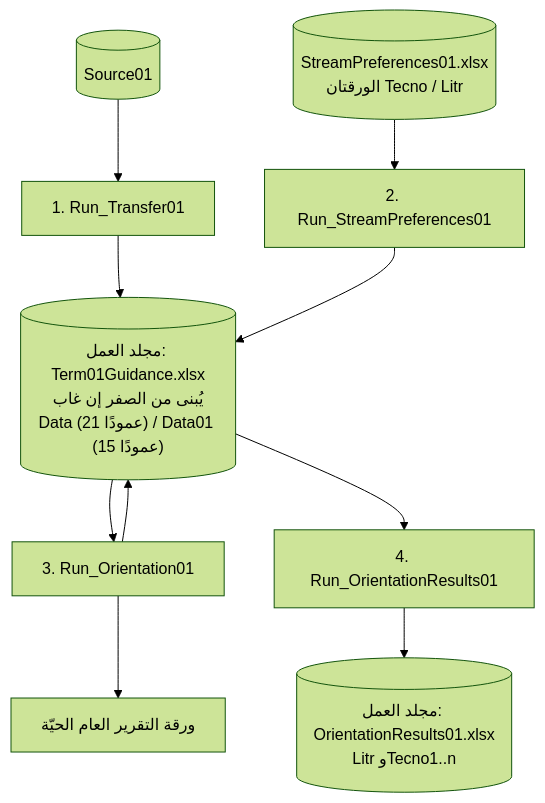
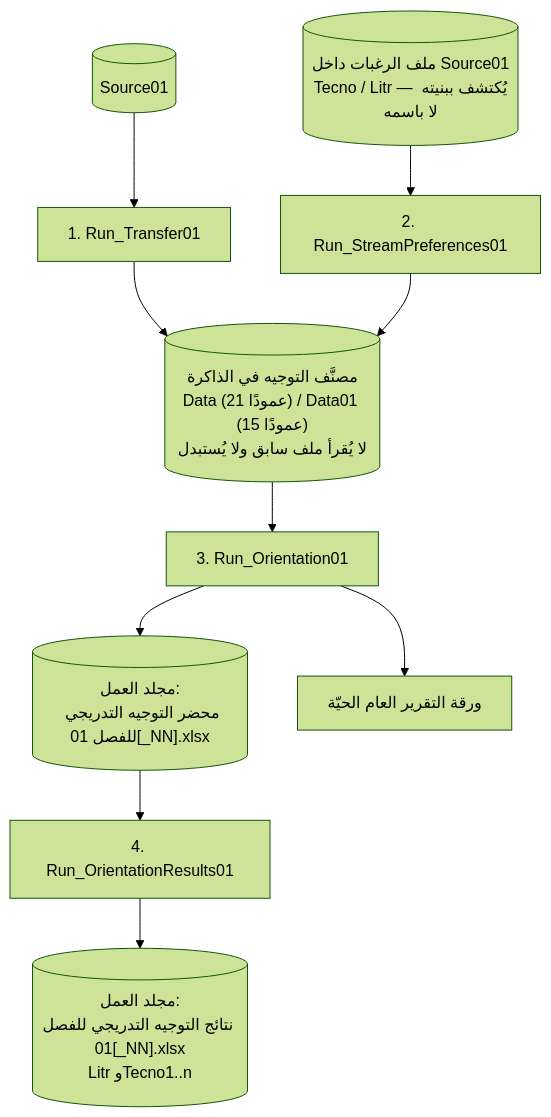
Before and after one commit to SprstarSource/results-analysis-term-01: the third of 5 diagrams in ARCHITECTURE_ar.md, drawn with Mermaid (forest theme). The commit also changed other lines of this file and 13 other files, not shown here.

````diff
--- a/ARCHITECTURE_ar.md
+++ b/ARCHITECTURE_ar.md
@@ -90,12 +89,12 @@
 ```mermaid
 flowchart TD
   S1[("Source01")] --> T["1. Run_Transfer01"]
-  T --> G[("مجلد العمل: Term01Guidance.xlsx<br/>يُبنى من الصفر إن غاب<br/>Data (21 عمودًا) / Data01 (15 عمودًا)")]
-  W[("StreamPreferences01.xlsx<br/>الورقتان Tecno / Litr")] --> P["2. Run_StreamPreferences01"]
+  T --> G[("مصنَّف التوجيه في الذاكرة<br/>Data (21 عمودًا) / Data01 (15 عمودًا)<br/>لا يُقرأ ملف سابق ولا يُستبدل")]
+  W[("ملف الرغبات داخل Source01<br/>Tecno / Litr — يُكتشف ببنيته لا باسمه")] --> P["2. Run_StreamPreferences01"]
   P --> G
   G --> O["3. Run_Orientation01"]
-  O --> G
+  O --> G2[("مجلد العمل:<br/>محضر التوجيه التدريجي للفصل 01[_NN].xlsx")]
   O --> RP["ورقة التقرير العام الحيّة"]
-  G --> E["4. Run_OrientationResults01"]
-  E --> OUT[("مجلد العمل: OrientationResults01.xlsx<br/>Litr وTecno1..n")]
+  G2 --> E["4. Run_OrientationResults01"]
+  E --> OUT[("مجلد العمل:<br/>نتائج التوجيه التدريجي للفصل 01[_NN].xlsx<br/>Litr وTecno1..n")]
 ```
````
